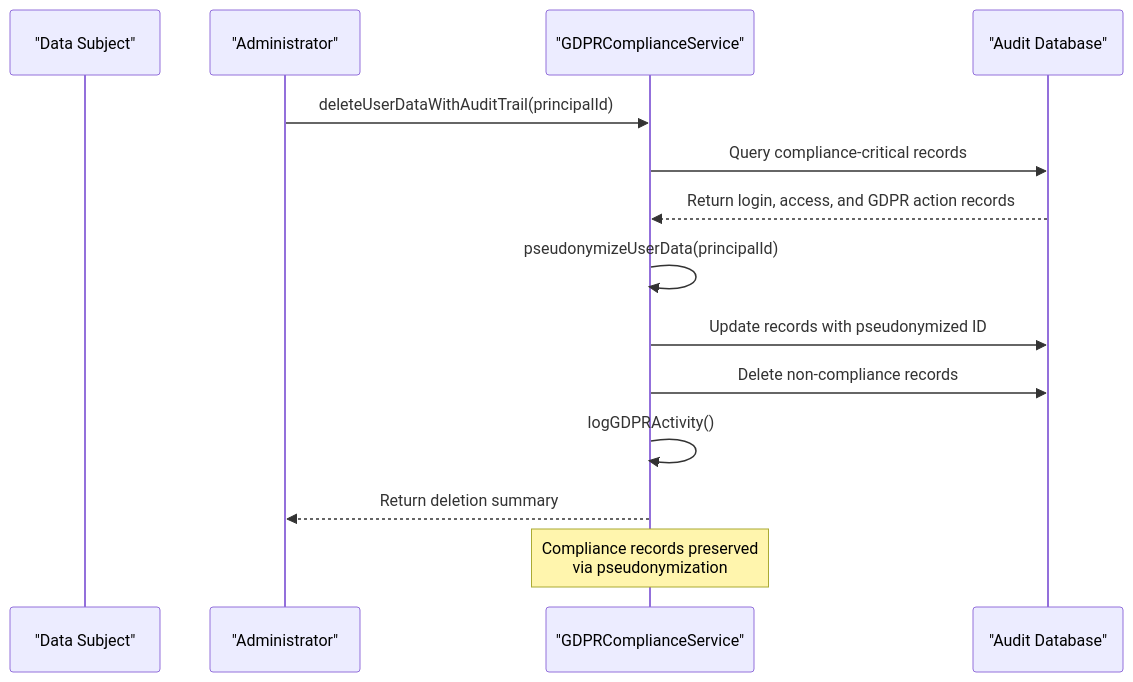
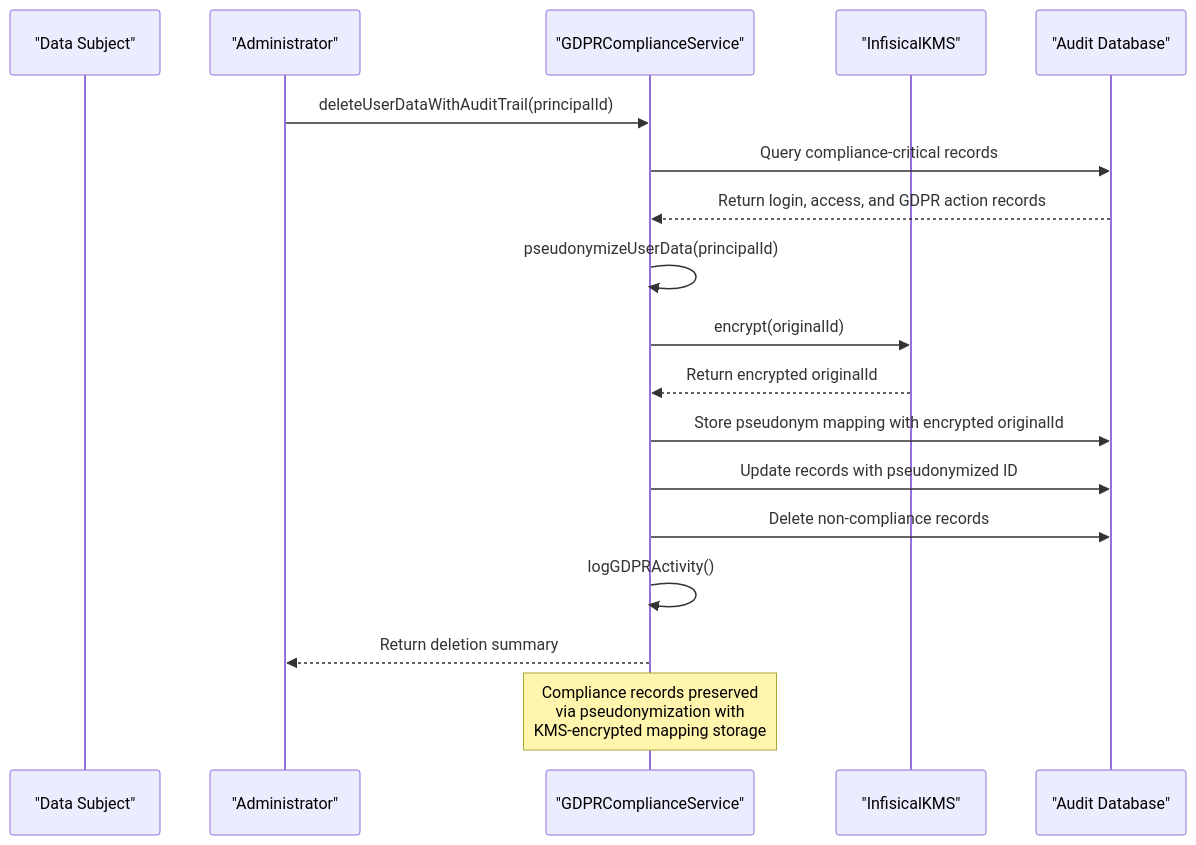
One commit to smedrec/smart-logs changed the first of 11 diagrams in .qoder/repowiki/en/content/Security and Compliance/Security and Compliance.md. Above: the diagram before and after it, drawn with Mermaid. The commit also changed other lines of this file and 13 other files, not shown here.

First line of the commit message:
docs(audit-core): add GDPR compliance and plugin architecture documentation

````diff
--- a/.qoder/repowiki/en/content/Security and Compliance/Security and Compliance.md
+++ b/.qoder/repowiki/en/content/Security and Compliance/Security and Compliance.md
@@ -46,16 +41,20 @@
 ```mermaid
 sequenceDiagram
 participant User as "Data Subject"
 participant Admin as "Administrator"
 participant GDPRService as "GDPRComplianceService"
+participant KMS as "InfisicalKMS"
 participant DB as "Audit Database"
 Admin->>GDPRService : deleteUserDataWithAuditTrail(principalId)
 GDPRService->>DB : Query compliance-critical records
 DB-->>GDPRService : Return login, access, and GDPR action records
 GDPRService->>GDPRService : pseudonymizeUserData(principalId)
+GDPRService->>KMS : encrypt(originalId)
+KMS-->>GDPRService : Return encrypted originalId
+GDPRService->>DB : Store pseudonym mapping with encrypted originalId
 GDPRService->>DB : Update records with pseudonymized ID
 GDPRService->>DB : Delete non-compliance records
 GDPRService->>GDPRService : logGDPRActivity()
 GDPRService-->>Admin : Return deletion summary
-Note over GDPRService : Compliance records preserved<br/>via pseudonymization
+Note over GDPRService : Compliance records preserved<br/>via pseudonymization with<br/>KMS-encrypted mapping storage
 ```
````
